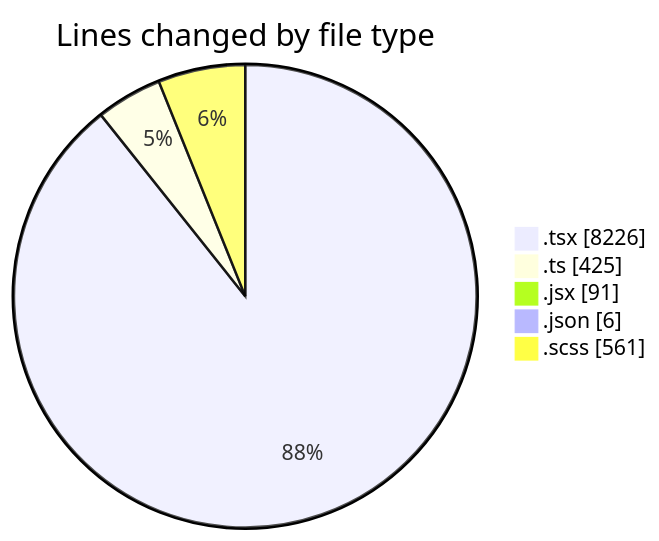
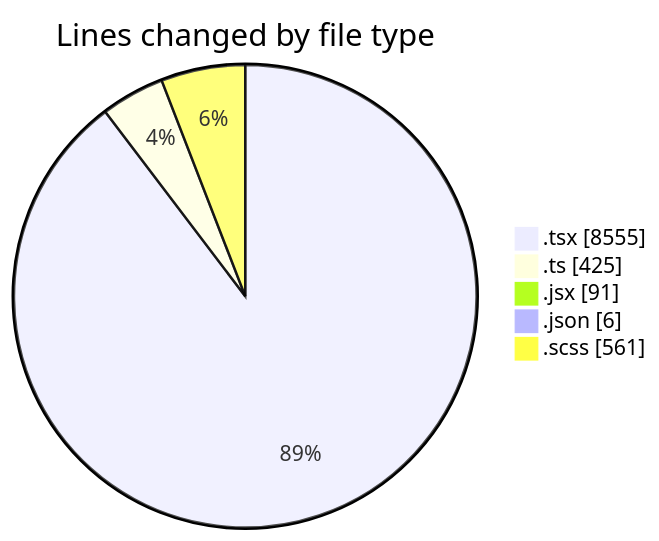
The first of 2 diagrams in 2026-04-27/cda/README.md (momahboobian/code-tracking), drawn with Mermaid before and after one commit. The commit also changed other lines of this file and 1 other file, not shown here.

````diff
--- a/2026-04-27/cda/README.md
+++ b/2026-04-27/cda/README.md
@@ -55,9 +55,9 @@
 ```mermaid
 pie showData
 title Lines changed by file type
-".tsx" : 8226
+".tsx" : 8555
 ".ts" : 425
 ".jsx" : 91
 ".json" : 6
 ".scss" : 561
 ```
````
